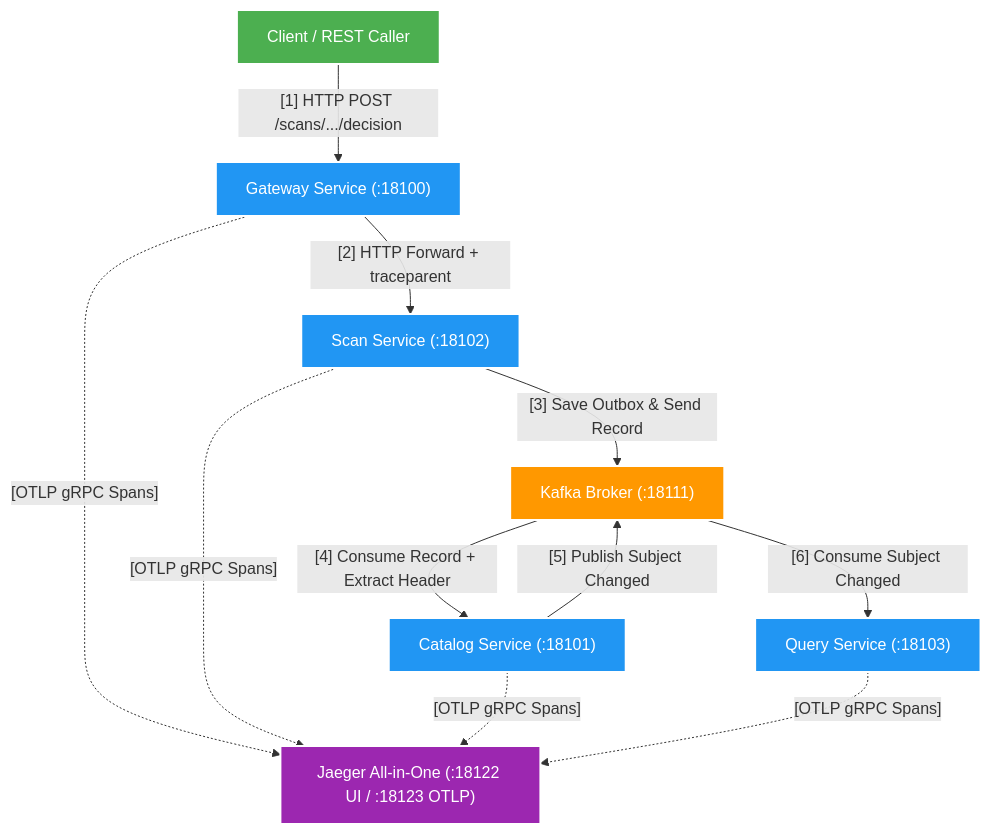
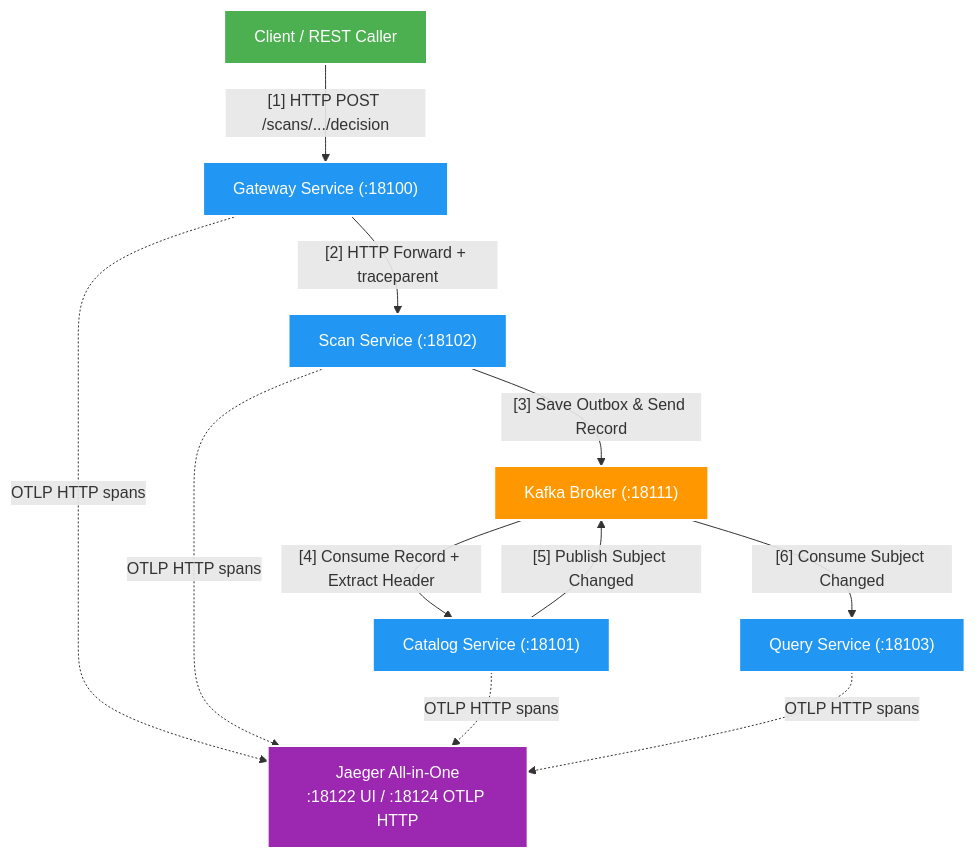
Before and after one commit to HungPhan200591/file-mngt-be-v2: the diagram in docs/features/021-jaeger-opentelemetry-tracing-ui/02-design.md, drawn with Mermaid. The commit also changed other lines of this file and 7 other files, not shown here.

````diff
--- a/docs/features/021-jaeger-opentelemetry-tracing-ui/02-design.md
+++ b/docs/features/021-jaeger-opentelemetry-tracing-ui/02-design.md
@@ -8,30 +8,30 @@
 ```mermaid
 flowchart TB
     CLIENT["<font color='white'>Client / REST Caller</font>"]
     GATEWAY["<font color='white'>Gateway Service (:18100)</font>"]
     SCAN["<font color='white'>Scan Service (:18102)</font>"]
     KAFKA["<font color='white'>Kafka Broker (:18111)</font>"]
     CATALOG["<font color='white'>Catalog Service (:18101)</font>"]
     QUERY["<font color='white'>Query Service (:18103)</font>"]
-    JAEGER["<font color='white'>Jaeger All-in-One (:18122 UI / :18123 OTLP)</font>"]
+    JAEGER["<font color='white'>Jaeger All-in-One<br/>:18122 UI / :18124 OTLP HTTP</font>"]
 
     CLIENT -->|"[1] HTTP POST /scans/.../decision"| GATEWAY
     GATEWAY -->|"[2] HTTP Forward + traceparent"| SCAN
     SCAN -->|"[3] Save Outbox & Send Record"| KAFKA
     KAFKA -->|"[4] Consume Record + Extract Header"| CATALOG
     CATALOG -->|"[5] Publish Subject Changed"| KAFKA
     KAFKA -->|"[6] Consume Subject Changed"| QUERY
 
-    GATEWAY -.->|"[OTLP gRPC Spans]"| JAEGER
-    SCAN -.->|"[OTLP gRPC Spans]"| JAEGER
-    CATALOG -.->|"[OTLP gRPC Spans]"| JAEGER
-    QUERY -.->|"[OTLP gRPC Spans]"| JAEGER
+    GATEWAY -.->|"OTLP HTTP spans"| JAEGER
+    SCAN -.->|"OTLP HTTP spans"| JAEGER
+    CATALOG -.->|"OTLP HTTP spans"| JAEGER
+    QUERY -.->|"OTLP HTTP spans"| JAEGER
 
     style CLIENT fill:#4CAF50,stroke:#fff,stroke-width:2px
     style GATEWAY fill:#2196F3,stroke:#fff,stroke-width:2px
     style SCAN fill:#2196F3,stroke:#fff,stroke-width:2px
     style KAFKA fill:#FF9800,stroke:#fff,stroke-width:2px
     style CATALOG fill:#2196F3,stroke:#fff,stroke-width:2px
     style QUERY fill:#2196F3,stroke:#fff,stroke-width:2px
     style JAEGER fill:#9C27B0,stroke:#fff,stroke-width:2px
 ```
````
